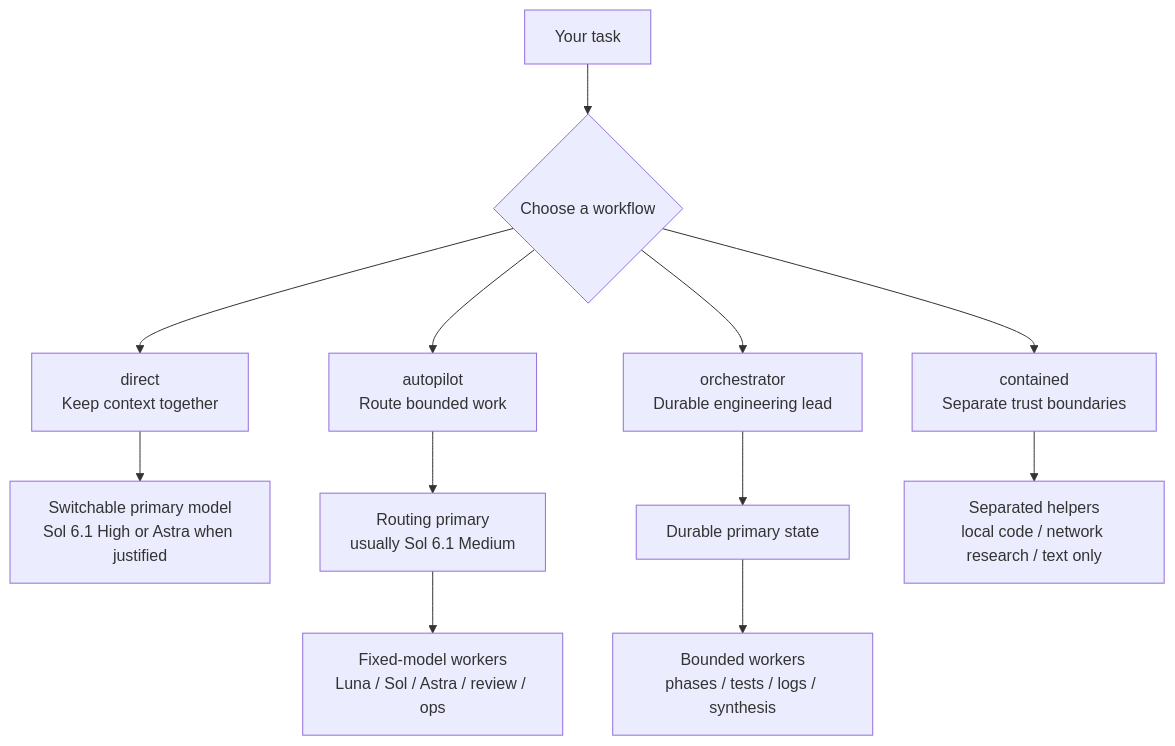
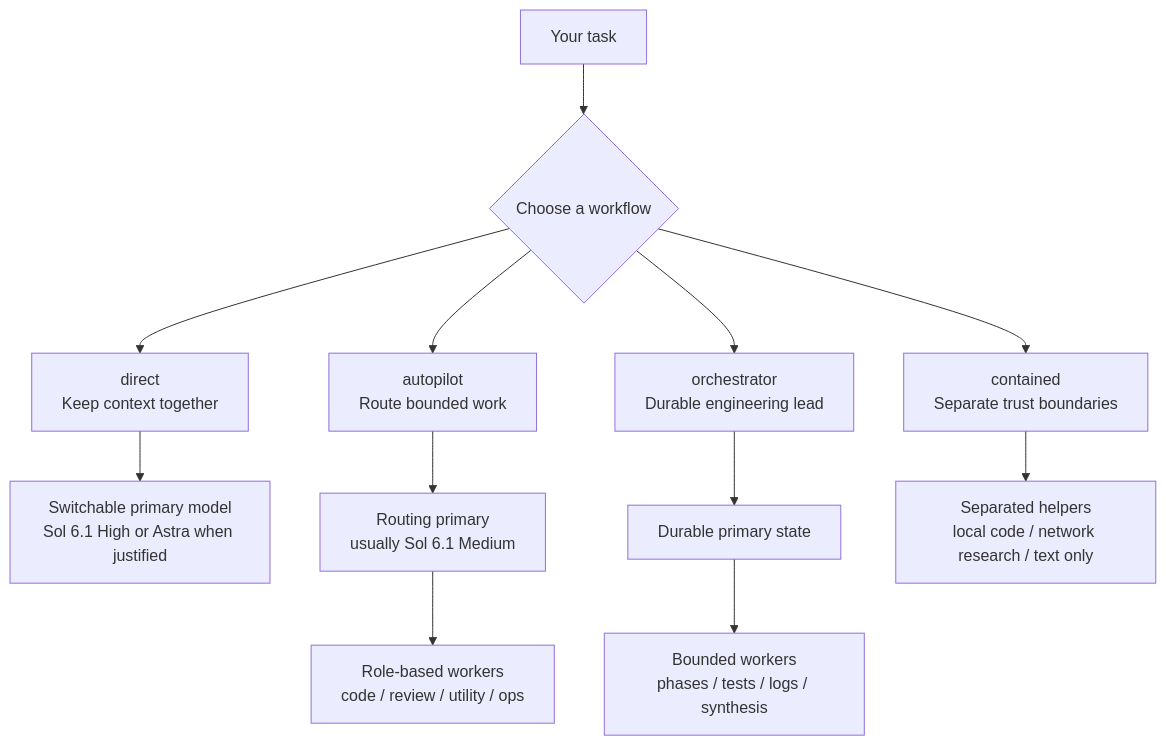
One commit to christian-taillon/opencode-agents changed the diagram in README.md. Above: the diagram before and after it, drawn with Mermaid. The commit also changed other lines of this file and 15 other files, not shown here.

````diff
--- a/README.md
+++ b/README.md
@@ -17,20 +17,20 @@
 ```mermaid
 flowchart TD
     T["Your task"] --> W{"Choose a workflow"}
 
     W --> D["direct<br/>Keep context together"]
     W --> A["autopilot<br/>Route bounded work"]
     W --> O["orchestrator<br/>Durable engineering lead"]
     W --> C["contained<br/>Separate trust boundaries"]
 
     D --> P["Switchable primary model<br/>Sol 6.1 High or Astra when justified"]
 
     A --> R["Routing primary<br/>usually Sol 6.1 Medium"]
-    R --> F["Fixed-model workers<br/>Luna / Sol / Astra / review / ops"]
+    R --> F["Role-based workers<br/>code / review / utility / ops"]
 
 
     O --> DS["Durable primary state"]
     DS --> BW["Bounded workers<br/>phases / tests / logs / synthesis"]
 
     C --> TB["Separated helpers<br/>local code / network research / text only"]
 ```
````
